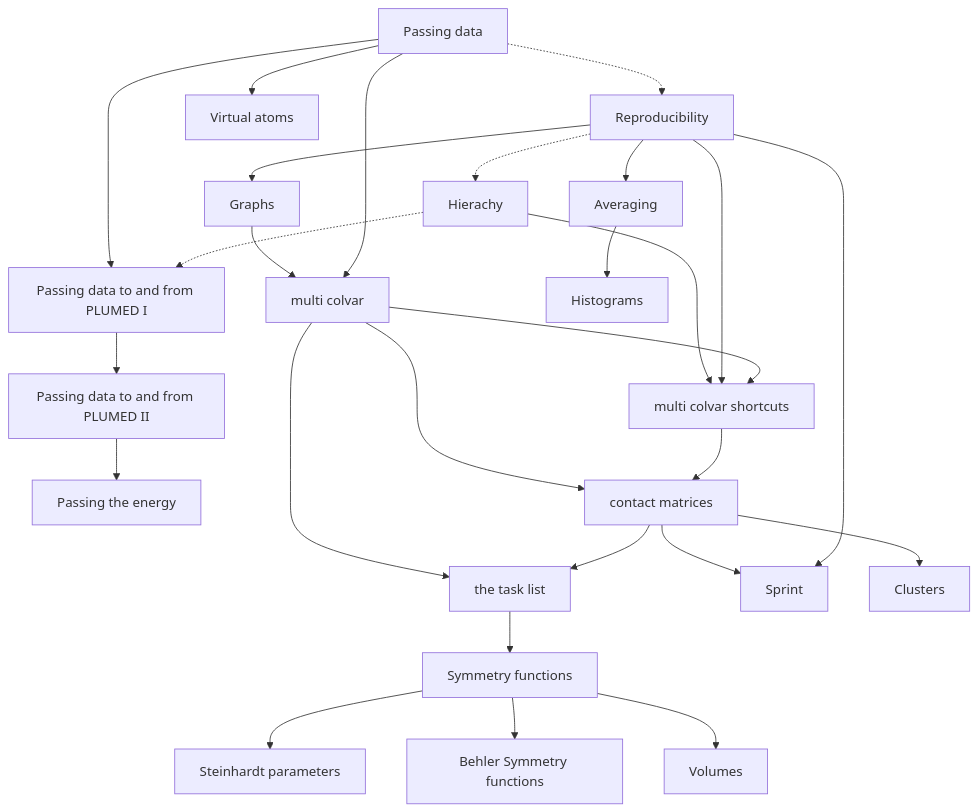
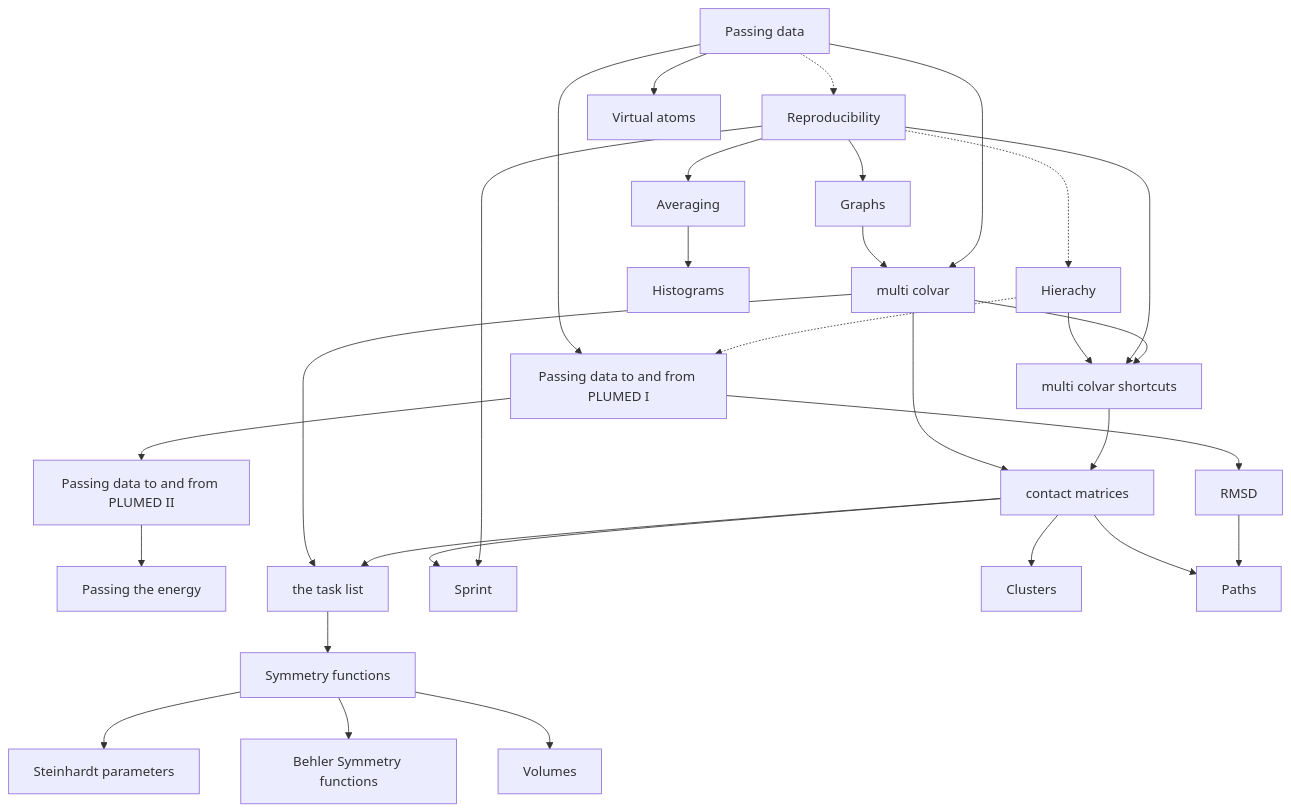
The diagram in NAVIGATION.md (gtribello/plumed-thoughts), drawn with Mermaid before and after one commit. The commit also changed 2 other files, not shown here.

Commit message:
Added information on paths and RMSD

````diff
--- a/NAVIGATION.md
+++ b/NAVIGATION.md
@@ -21,49 +21,54 @@
 ```mermaid
 flowchart TB;
   A[Passing data] -.-> B[Reproducibility];
   B -.-> C[Hierachy];
   C -.-> D[Passing data to and from PLUMED I];
   D --> E[Passing data to and from PLUMED II];
   A --> D;
   E --> F[Passing the energy];
   A --> G[Virtual atoms]
   B --> H[Graphs]
   A --> I[multi colvar]
   H --> I
   I --> J[multi colvar shortcuts]
   B --> J
   C --> J
   J --> K[contact matrices]
   I --> K
   K --> L[the task list]
   I --> L
   B --> M[Sprint]
   K --> M
   K --> T[Clusters]
   L --> Q[Symmetry functions]
   Q --> N[Steinhardt parameters]
   Q --> O[Behler Symmetry functions]
   Q --> P[Volumes]
   B --> R[Averaging]
   R --> S[Histograms]
+  D --> U[RMSD]
+  U --> V[Paths]
+  K --> V
   click A "Passing.md" "8th May 2023: General thoughts about how data is passed between PLUMED actions";
   click B "Reproducibility.md" "8th May 2023: General thoughts about why we want to do calculations that are reproducibile";
   click C "Community.md" "8th May 2023: General thoughts about how we support communities of scholars"
   click D "MDInterfaceI.md" "8th May 2023: A description of how data is passed to and from PLUMED"
   click E "MDInterfaceII.md" "21st May 2023: A description of how atomic properties are passed to and from PLUMED"
   click F "PassingEnergy.md" "21st May 2023: A description of how potential energy is passed to PLUMED"
   click G "VirtualAtoms.md" "22nd May 2023: A description of how virtual atom positions are passed between Actions in PLUMED"
   click H "Graphs.md" "1st June 2023: A description of the way we can use graphs to illustrate PLUMED input files"
   click I "MultiColvar.md" "1st June 2023: An explaination of how multicolvar is implemented"
   click J "MultiColvarShortcut.md" "9th June 2023: An explanation of how backwards compatibility for MultiColvar has been ensured and an introduction to ActionShortcut"
   click K "contactMatrix.md" "12th June 2023: An explanation of how coordination numbers and contact maps can be used to construct CVs"
   click L "Tasks.md" "13th June 2023: More details on how the task list are used in the calculation of MultiColvars and contact matrix based CVs"
   click M "Sprint.md" "3rd July 2023: Details on how SPRINT collective variables are implemented using shortcuts"
   click N "Steinhardt.md" "13th September 2023: An explanation of how Steinhardt parameters are implemented in PLUMED"
   click O "Behler.md" "14th September 2023: An explanation of how Behler-Parinello symmetry functions are implemented in PLUMED"
   click P "Volumes.md" "15th September 2023: Information on how you can use PLUMED to calculate the number of atoms and average for a symmetry function in a region"
   click Q "SymmetryFunction.md" "15th September 2023: Information on how you can use PLUMED to calculate symmetry functions"
   click R "averaging.md" "11th December 2023: Averages in the new version of PLUMED and thoughts about indistinguisability"
   click S "histograms.md" "11th December 2023: Histograms in the new version of PLUMED"
   click T "Clusters.md" "28th Feburary 2024: DFS clustering in the new version of PLUMED"
+  click U "RMSD.md" "29th February 2024: Some thoughts on RMSD and ways of getting simplifying the code by getting rid of the reference class"
+  click V "Path.md" "29th February 2024: Implementing PATH and GPROPERTYMAP using the new functionality"
 ```
````
